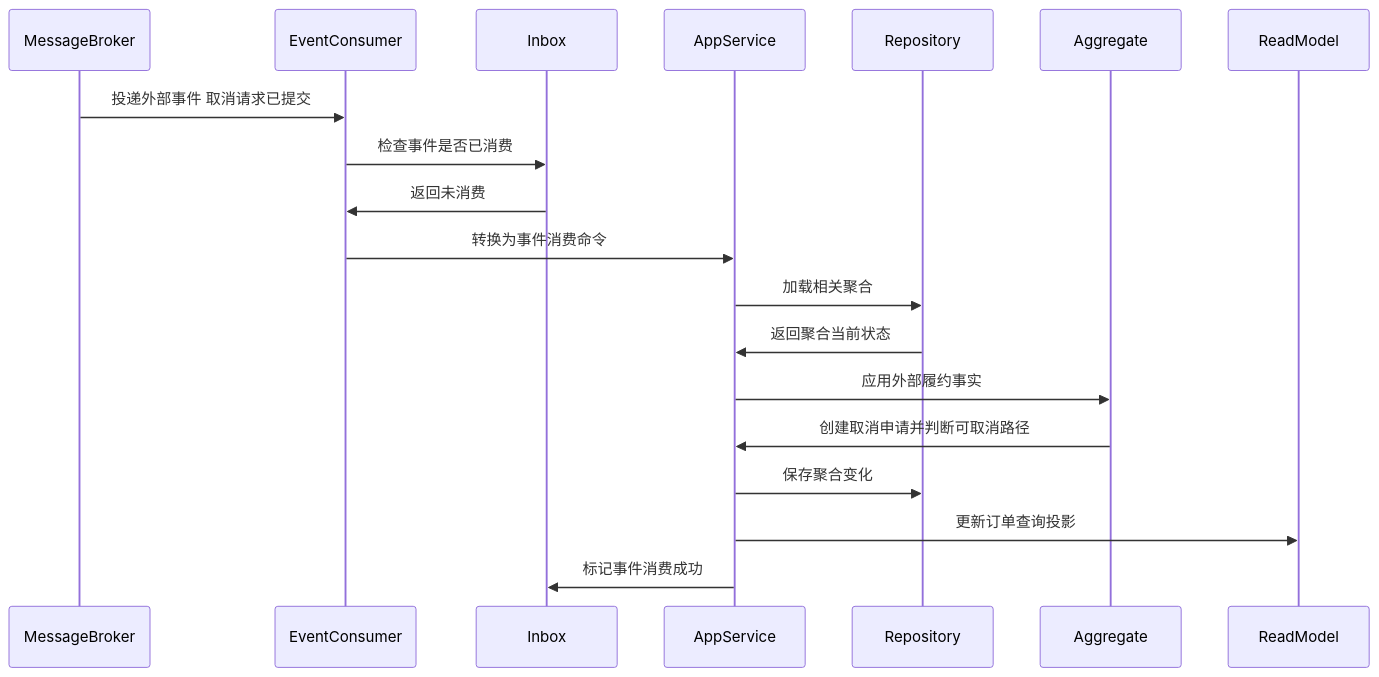
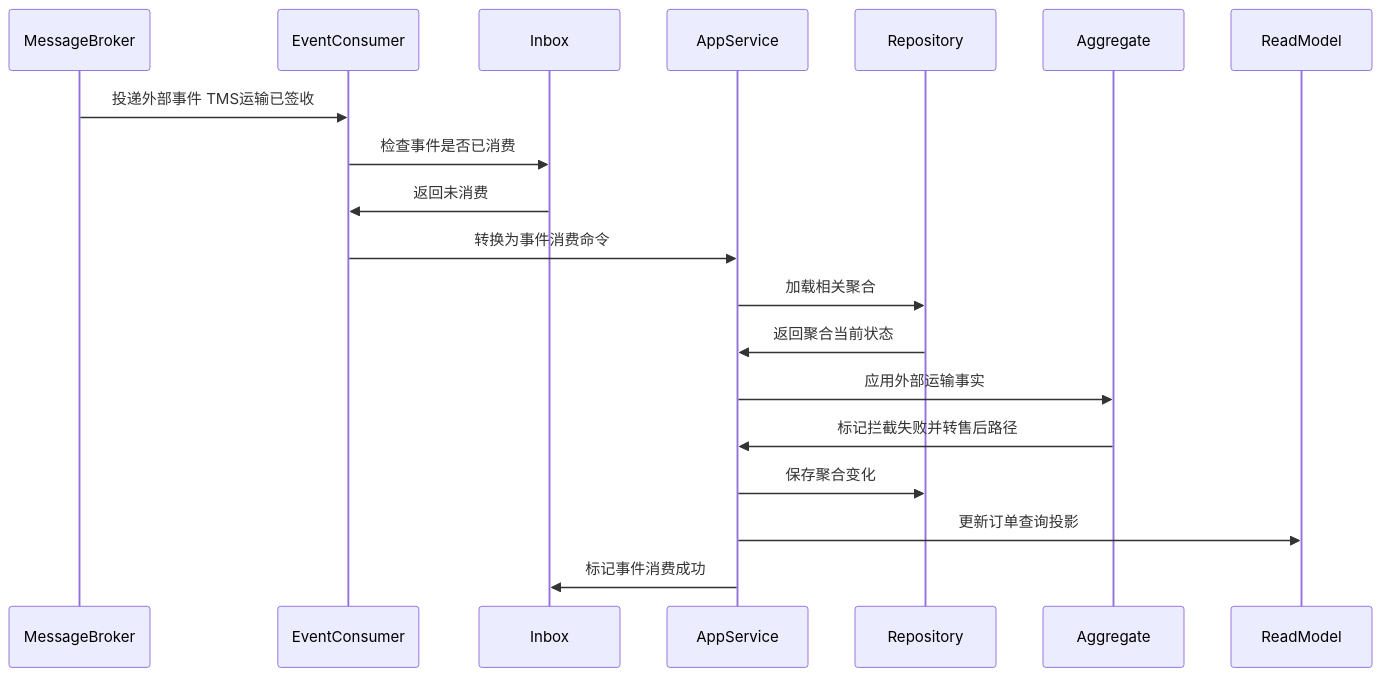
One commit to chao1927/scm changed the fifth of 6 diagrams in docs/03-核心业务模型/05-OMS领域模型/05-取消申请聚合CQRS设计.md. Above: the diagram before and after it, drawn with Mermaid. The commit also changed other lines of this file and 118 other files, not shown here.

````diff
--- a/docs/03-核心业务模型/05-OMS领域模型/05-取消申请聚合CQRS设计.md
+++ b/docs/03-核心业务模型/05-OMS领域模型/05-取消申请聚合CQRS设计.md
@@ -236,22 +247,22 @@
 ```mermaid
 sequenceDiagram
     participant MessageBroker
     participant EventConsumer
     participant Inbox
     participant AppService
     participant Repository
     participant Aggregate
     participant ReadModel
 
-    MessageBroker->>EventConsumer: 投递外部事件 取消请求已提交
+    MessageBroker->>EventConsumer: 投递外部事件 TMS运输已签收
     EventConsumer->>Inbox: 检查事件是否已消费
     Inbox->>EventConsumer: 返回未消费
     EventConsumer->>AppService: 转换为事件消费命令
     AppService->>Repository: 加载相关聚合
     Repository->>AppService: 返回聚合当前状态
-    AppService->>Aggregate: 应用外部履约事实
-    Aggregate->>AppService: 创建取消申请并判断可取消路径
+    AppService->>Aggregate: 应用外部运输事实
+    Aggregate->>AppService: 标记拦截失败并转售后路径
     AppService->>Repository: 保存聚合变化
     AppService->>ReadModel: 更新订单查询投影
     AppService->>Inbox: 标记事件消费成功
 ```
````
